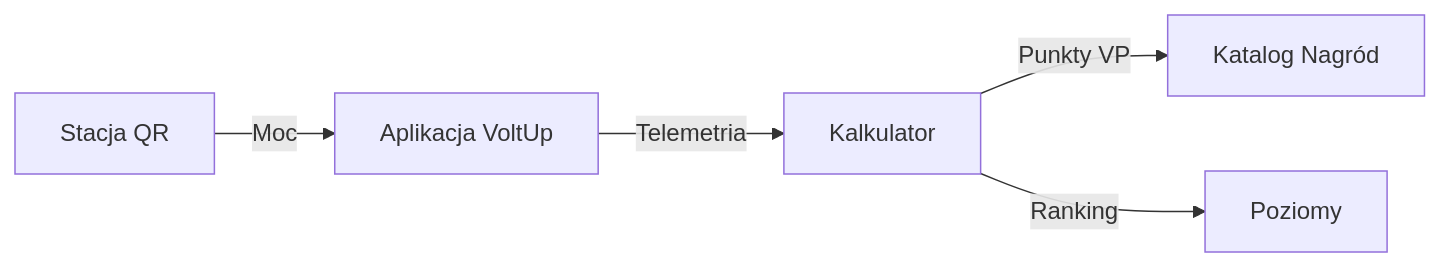
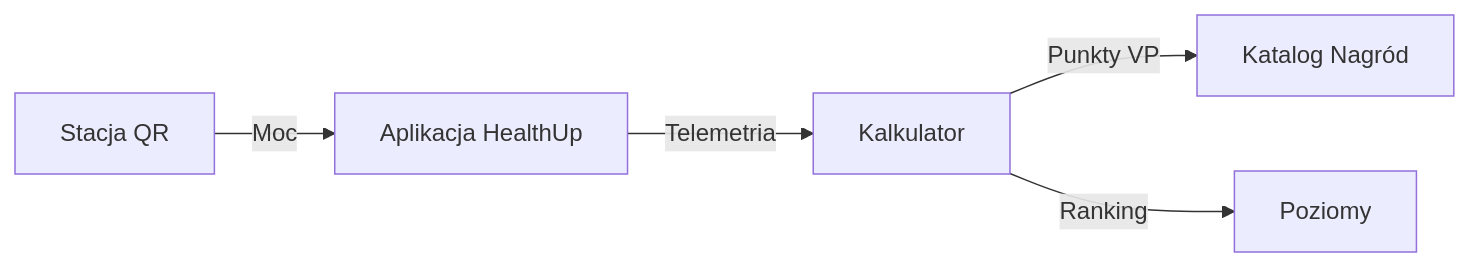
The diagram in README.md (LukaszMatecki/HealthUp), drawn with Mermaid before and after one commit. The commit also changed other lines of this file and 129 other files, not shown here.

Commit message:
Rename VoltUp to HealthUp across the codebase, including app name, user references, and UI elements.

````diff
--- a/README.md
+++ b/README.md
@@ -59,7 +59,7 @@
 ```mermaid
 flowchart LR
-    A["Stacja QR"] -->|Moc| B["Aplikacja VoltUp"]
+    A["Stacja QR"] -->|Moc| B["Aplikacja HealthUp"]
     B -->|Telemetria| C["Kalkulator"]
     C -->|Punkty VP| D["Katalog Nagród"]
     C -->|Ranking| E["Poziomy"]
 ```
````
